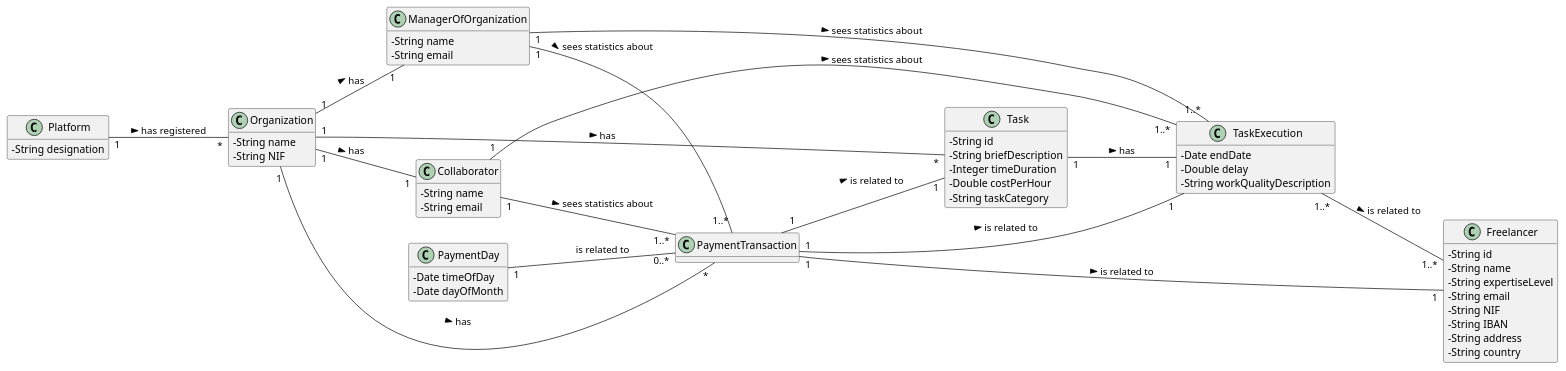
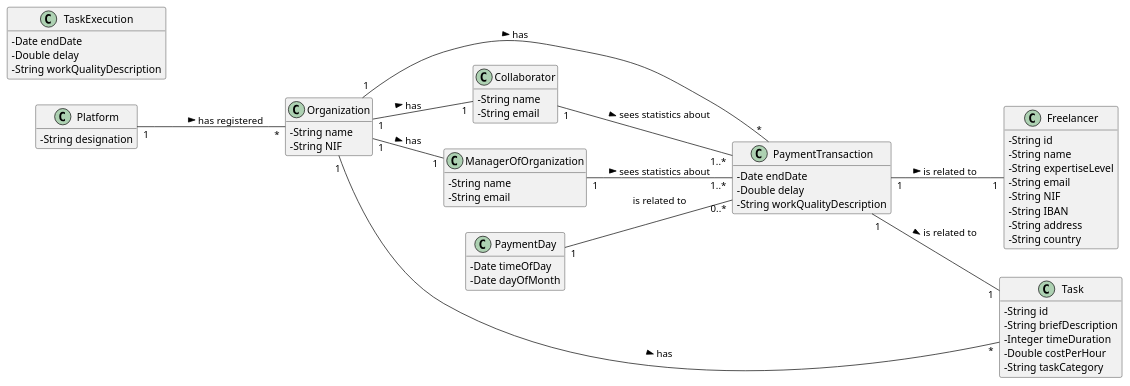
One commit to pedrolemos4/LAPR2 changed the diagram in docs/UC8 - Analyze freelancer statistics/UC8_MD.puml. Above: the diagram before and after it, drawn with PlantUML. The commit also changed other lines of this file and 1 other file, not shown here.

```diff
--- a/docs/UC8 - Analyze freelancer statistics/UC8_MD.puml
+++ b/docs/UC8 - Analyze freelancer statistics/UC8_MD.puml
@@ -1,82 +1,79 @@
 @startuml
 skinparam classAttributeIconSize 0
 hide methods
 left to right direction
 
 class Platform {
   -String designation
 }
 
 class Organization {
   -String name
   -String NIF
 }
 
 class Collaborator {
   -String name
   -String email
 }
 
 
 class Freelancer {
   -String id
   -String name
   -String expertiseLevel
   -String email
   -String NIF
   -String IBAN
   -String address
   -String country
   }
 
 class Task {
  -String id
  -String briefDescription
  -Integer timeDuration
  -Double costPerHour
  -String taskCategory
 }
 
 class TaskExecution {
  -Date endDate
  -Double delay
  -String workQualityDescription
 }
 
 class PaymentTransaction{
+  -Date endDate
+  -Double delay
+  -String workQualityDescription
 }
 
 class ManagerOfOrganization {
   -String name
   -String email
 }
 
 class PaymentDay {
   -Date timeOfDay
   -Date dayOfMonth
 }
 
 Platform "1" -- "*" Organization : has registered >
 
 Organization "1" -- "1" ManagerOfOrganization : has >
 Organization "1" -- "1" Collaborator: has >
 Organization "1" -- "*" Task: has >
 Organization "1" -- "*" PaymentTransaction: has >
 
 Collaborator "1" -- "1..*" PaymentTransaction: sees statistics about >
-Collaborator "1" -- "1..*" TaskExecution : sees statistics about >
 
 ManagerOfOrganization "1" -- "1..*" PaymentTransaction: sees statistics about >
-ManagerOfOrganization "1" -- "1..*" TaskExecution : sees statistics about >
 
 PaymentTransaction "1" -- "1" Freelancer: is related to >
 PaymentTransaction "1" -- "1" Task: is related to >
-PaymentTransaction "1" -- "1" TaskExecution: is related to >
 
-TaskExecution "1..*" -- "1..*" Freelancer : is related to >
-
-Task "1" -- "1" TaskExecution: has >
 
 PaymentDay "1" -- "0..*" PaymentTransaction : is related to
 
 @enduml
```
